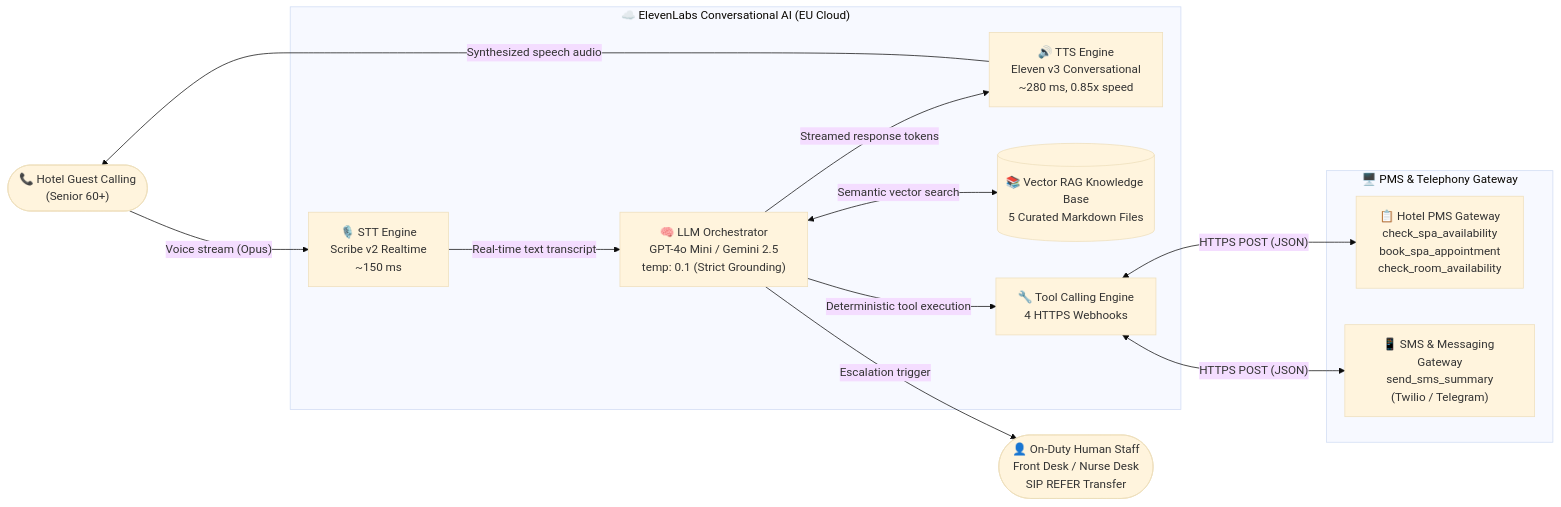
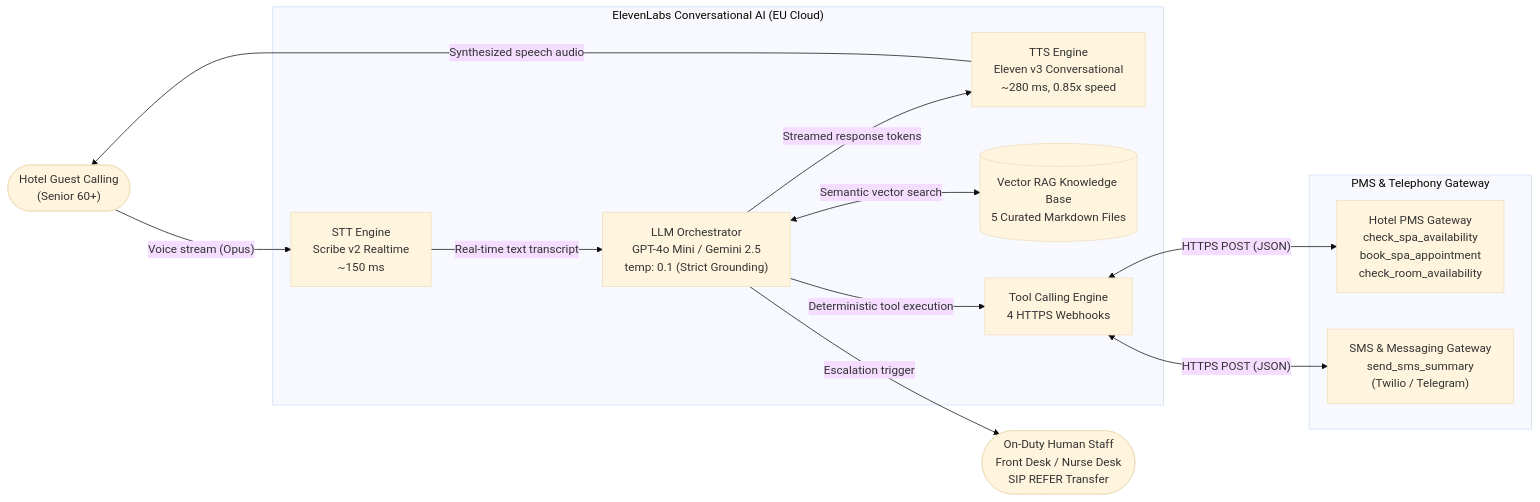
Before and after one commit to kpulka/Elevenlabs_SpaHotel_PoC: the first of 5 diagrams in docs/architecture-diagrams.md, drawn with Mermaid (base theme). The commit also changed other lines of this file and 14 other files, not shown here.

````diff
--- a/docs/architecture-diagrams.md
+++ b/docs/architecture-diagrams.md
@@ -9,29 +9,29 @@
 ```mermaid
 flowchart LR
-    CALLER(["📞 Hotel Guest Calling\n(Senior 60+)"])
+    CALLER([" Hotel Guest Calling\n(Senior 60+)"])
 
-    subgraph EL ["☁️ ElevenLabs Conversational AI (EU Cloud)"]
-        STT["🎙️ STT Engine\nScribe v2 Realtime\n~150 ms"]
-        LLM["🧠 LLM Orchestrator\nGPT-4o Mini / Gemini 2.5\ntemp: 0.1 (Strict Grounding)"]
-        TTS["🔊 TTS Engine\nEleven v3 Conversational\n~280 ms, 0.85x speed"]
-        KB[("📚 Vector RAG Knowledge Base\n5 Curated Markdown Files")]
-        TOOLS["🔧 Tool Calling Engine\n4 HTTPS Webhooks"]
+    subgraph EL [" ElevenLabs Conversational AI (EU Cloud)"]
+        STT[" STT Engine\nScribe v2 Realtime\n~150 ms"]
+        LLM[" LLM Orchestrator\nGPT-4o Mini / Gemini 2.5\ntemp: 0.1 (Strict Grounding)"]
+        TTS[" TTS Engine\nEleven v3 Conversational\n~280 ms, 0.85x speed"]
+        KB[(" Vector RAG Knowledge Base\n5 Curated Markdown Files")]
+        TOOLS[" Tool Calling Engine\n4 HTTPS Webhooks"]
     end
 
-    subgraph BACKEND ["🖥️ PMS & Telephony Gateway"]
-        PMS["📋 Hotel PMS Gateway\ncheck_spa_availability\nbook_spa_appointment\ncheck_room_availability"]
-        SMS["📱 SMS & Messaging Gateway\nsend_sms_summary\n(Twilio / Telegram)"]
+    subgraph BACKEND [" PMS & Telephony Gateway"]
+        PMS[" Hotel PMS Gateway\ncheck_spa_availability\nbook_spa_appointment\ncheck_room_availability"]
+        SMS[" SMS & Messaging Gateway\nsend_sms_summary\n(Twilio / Telegram)"]
     end
 
-    HUMAN(["👤 On-Duty Human Staff\nFront Desk / Nurse Desk\nSIP REFER Transfer"])
+    HUMAN([" On-Duty Human Staff\nFront Desk / Nurse Desk\nSIP REFER Transfer"])
 
     CALLER -->|"Voice stream (Opus)"| STT
     STT -->|"Real-time text transcript"| LLM
     LLM <-->|"Semantic vector search"| KB
     LLM -->|"Deterministic tool execution"| TOOLS
     TOOLS <-->|"HTTPS POST (JSON)"| PMS
     TOOLS <-->|"HTTPS POST (JSON)"| SMS
     LLM -->|"Streamed response tokens"| TTS
     TTS -->|"Synthesized speech audio"| CALLER
     LLM -->|"Escalation trigger"| HUMAN
 ```
````
